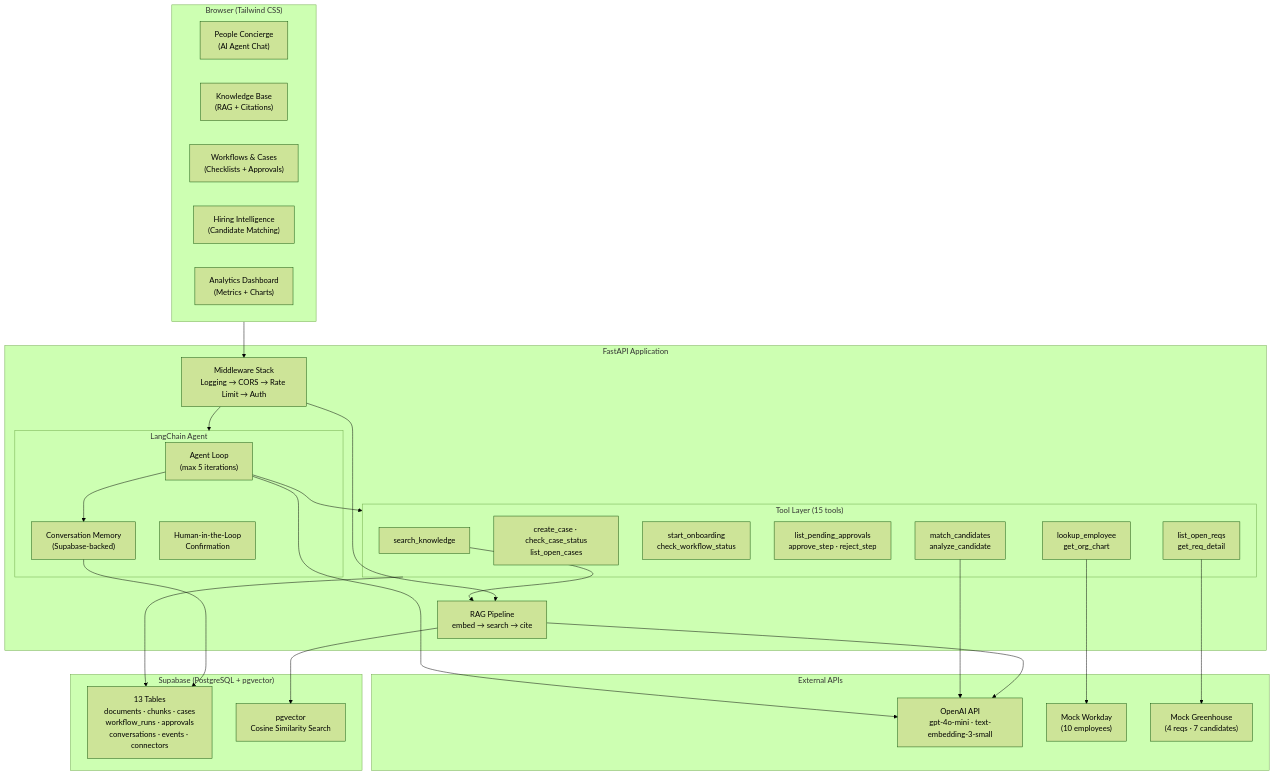
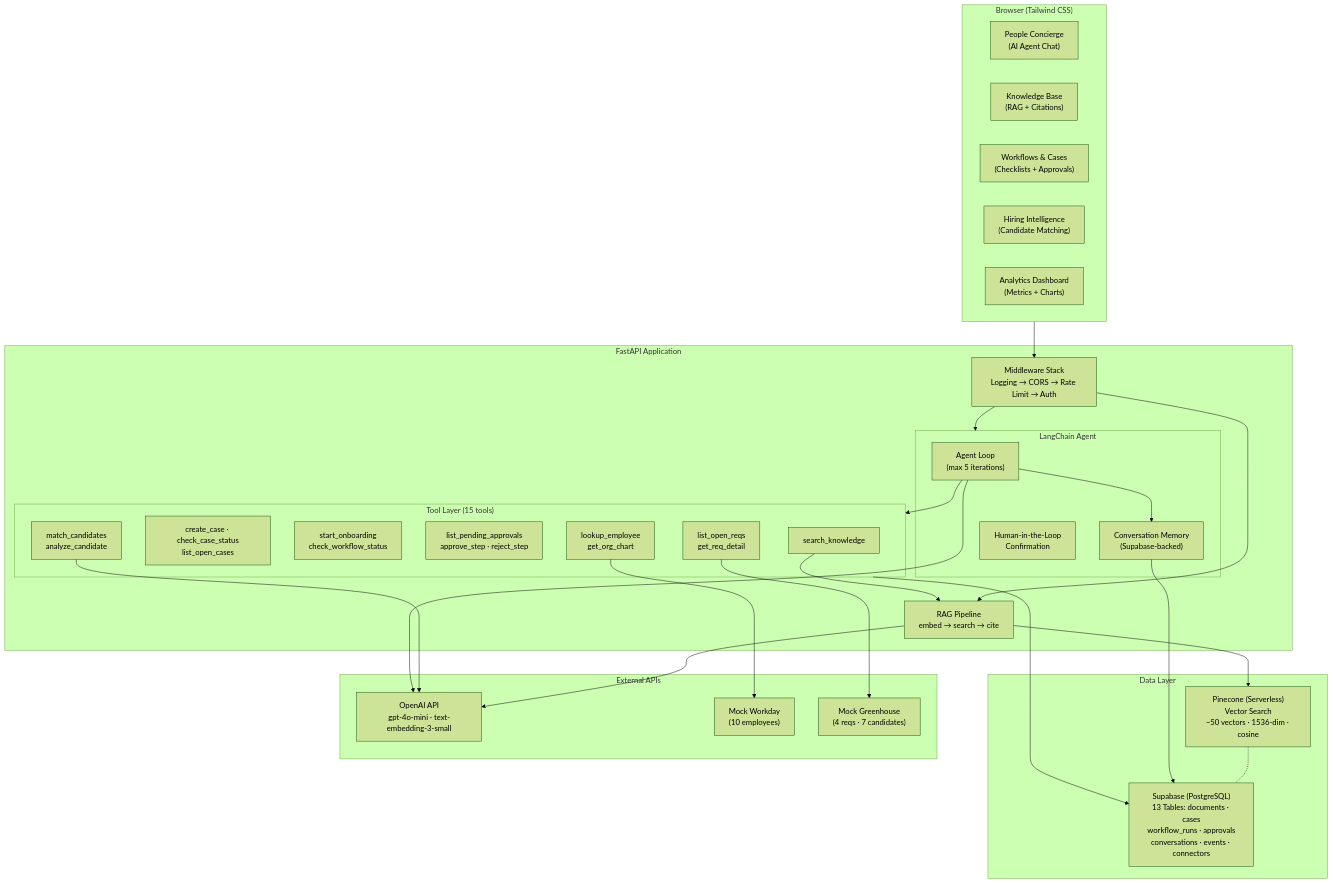
One commit to sanman2022/people-help changed the diagram in docs/ARCHITECTURE.md. Above: the diagram before and after it, drawn with Mermaid (forest theme). The commit also changed other lines of this file and 1 other file, not shown here.

First line of the commit message:
Update docs to reflect Pinecone vector DB and Railway deployment

````diff
--- a/docs/ARCHITECTURE.md
+++ b/docs/ARCHITECTURE.md
@@ -69,58 +75,59 @@
 ```mermaid
 flowchart TB
     subgraph frontend ["Browser (Tailwind CSS)"]
         Concierge["People Concierge<br/>(AI Agent Chat)"]
         KB["Knowledge Base<br/>(RAG + Citations)"]
         Workflows["Workflows & Cases<br/>(Checklists + Approvals)"]
         Hiring["Hiring Intelligence<br/>(Candidate Matching)"]
         Analytics["Analytics Dashboard<br/>(Metrics + Charts)"]
     end
 
     subgraph app ["FastAPI Application"]
         Middleware["Middleware Stack<br/>Logging → CORS → Rate Limit → Auth"]
 
         subgraph agent ["LangChain Agent"]
             AgentCore["Agent Loop<br/>(max 5 iterations)"]
             Memory["Conversation Memory<br/>(Supabase-backed)"]
             HumanLoop["Human-in-the-Loop<br/>Confirmation"]
         end
 
         subgraph tools ["Tool Layer (15 tools)"]
             T_Knowledge["search_knowledge"]
             T_Cases["create_case · check_case_status<br/>list_open_cases"]
             T_Workflows["start_onboarding<br/>check_workflow_status"]
             T_Approvals["list_pending_approvals<br/>approve_step · reject_step"]
             T_Workday["lookup_employee<br/>get_org_chart"]
             T_Greenhouse["list_open_reqs<br/>get_req_detail"]
             T_Intelligence["match_candidates<br/>analyze_candidate"]
         end
 
         RAG["RAG Pipeline<br/>embed → search → cite"]
     end
 
-    subgraph data ["Supabase (PostgreSQL + pgvector)"]
-        DB["13 Tables<br/>documents · chunks · cases<br/>workflow_runs · approvals<br/>conversations · events · connectors"]
-        Vectors["pgvector<br/>Cosine Similarity Search"]
+    subgraph data ["Data Layer"]
+        DB["Supabase (PostgreSQL)<br/>13 Tables: documents · cases<br/>workflow_runs · approvals<br/>conversations · events · connectors"]
+        Vectors["Pinecone (Serverless)<br/>Vector Search<br/>~50 vectors · 1536-dim · cosine"]
     end
 
     subgraph external ["External APIs"]
         OpenAI["OpenAI API<br/>gpt-4o-mini · text-embedding-3-small"]
         MockWorkday["Mock Workday<br/>(10 employees)"]
         MockGreenhouse["Mock Greenhouse<br/>(4 reqs · 7 candidates)"]
     end
 
     frontend --> Middleware
     Middleware --> agent
     Middleware --> RAG
     AgentCore --> tools
     AgentCore --> Memory
     T_Knowledge --> RAG
     RAG --> Vectors
     RAG --> OpenAI
+    Vectors -.- DB
     tools --> DB
     T_Workday --> MockWorkday
     T_Greenhouse --> MockGreenhouse
     T_Intelligence --> OpenAI
     AgentCore --> OpenAI
     Memory --> DB
 ```
````
